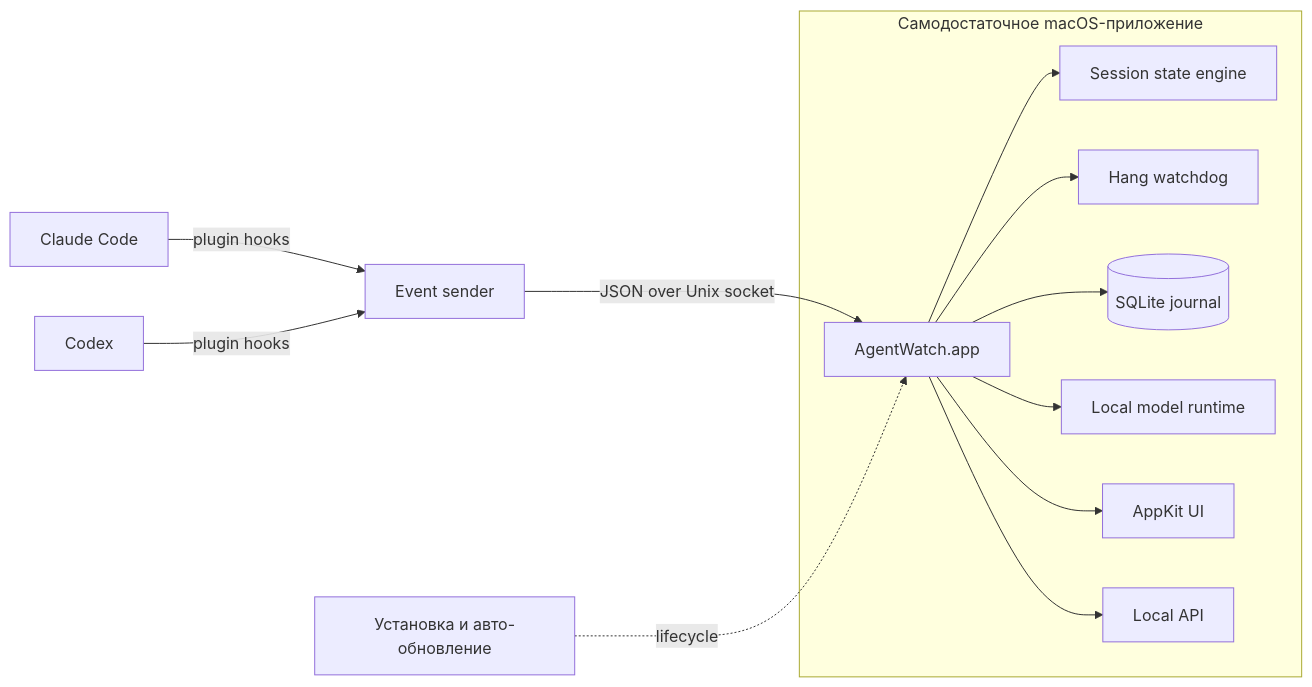
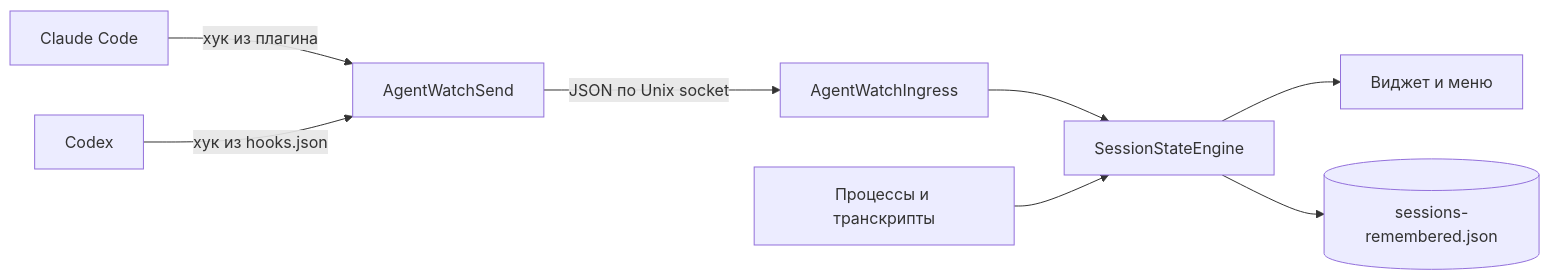
One commit to glockbender/agentwatcher changed the diagram in docs/architecture.md. Above: the diagram before and after it, drawn with Mermaid. The commit also changed other lines of this file and 11 other files, not shown here.

First line of the commit message:
Rebuild the architecture document around what is built

````diff
--- a/docs/architecture.md
+++ b/docs/architecture.md
@@ -106,18 +124,10 @@
 ```mermaid
 flowchart LR
-    Claude[Claude Code] -->|plugin hooks| Sender[Event sender]
-    Codex[Codex] -->|plugin hooks| Sender
-
-    Sender -->|JSON over Unix socket| App[AgentWatch.app]
-
-    subgraph Runtime[Самодостаточное macOS-приложение]
-        App --> Core[Session state engine]
-        App --> Watchdog[Hang watchdog]
-        App --> DB[(SQLite journal)]
-        App --> Models[Local model runtime]
-        App --> NativeUI[AppKit UI]
-        App --> API[Local API]
-    end
-
-    Installer[Установка и авто-обновление] -. lifecycle .-> App
+    Claude[Claude Code] -->|хук из плагина| Send[AgentWatchSend]
+    Codex[Codex] -->|хук из hooks.json| Send
+    Send -->|JSON по Unix socket| Ingress[AgentWatchIngress]
+    Ingress --> Engine[SessionStateEngine]
+    Machine[Процессы и транскрипты] --> Engine
+    Engine --> UI[Виджет и меню]
+    Engine --> Disk[(sessions-remembered.json)]
 ```
````
